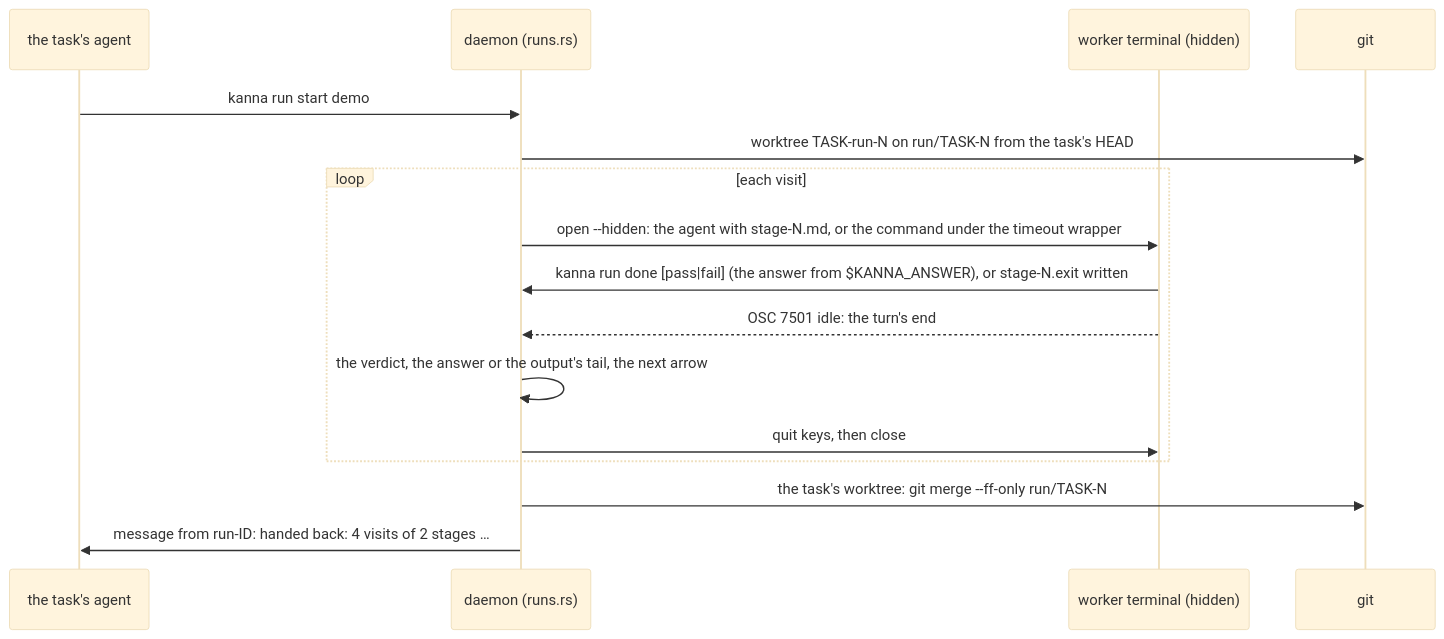
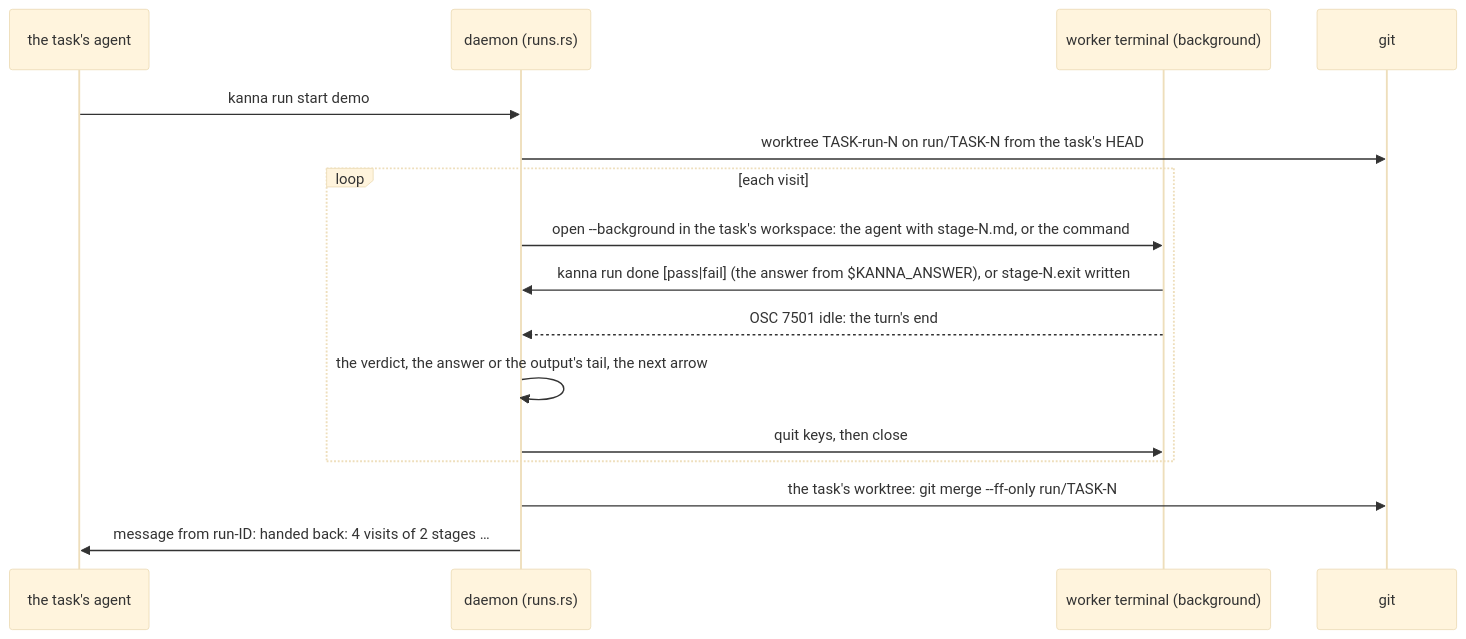
The fifth of 5 diagrams in docs/specs/software-factory.md (tampopogk/kanna), drawn with Mermaid (base theme) before and after one commit. The commit also changed other lines of this file and 25 other files, not shown here.

````diff
--- a/docs/specs/software-factory.md
+++ b/docs/specs/software-factory.md
@@ -161,18 +162,18 @@
 ```mermaid
 sequenceDiagram
     participant A as the task's agent
     participant D as daemon (runs.rs)
-    participant W as worker terminal (hidden)
+    participant W as worker terminal (background)
     participant G as git
     A->>D: kanna run start demo
     D->>G: worktree TASK-run-N on run/TASK-N from the task's HEAD
     loop each visit
-        D->>W: open --hidden: the agent with stage-N.md, or the command under the timeout wrapper
+        D->>W: open --background in the task's workspace: the agent with stage-N.md, or the command
         W->>D: kanna run done [pass|fail] (the answer from $KANNA_ANSWER), or stage-N.exit written
         W-->>D: OSC 7501 idle: the turn's end
         D->>D: the verdict, the answer or the output's tail, the next arrow
         D->>W: quit keys, then close
     end
     D->>G: the task's worktree: git merge --ff-only run/TASK-N
     D->>A: message from run-ID: handed back: 4 visits of 2 stages …
 ```
````
